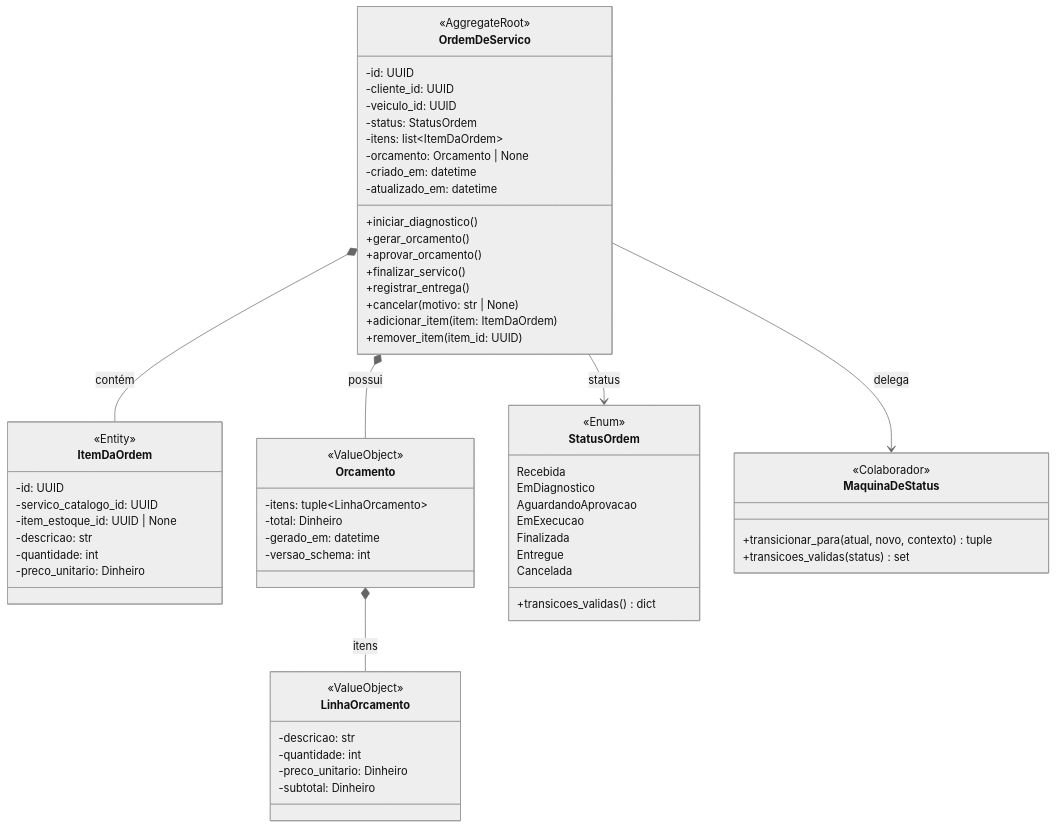
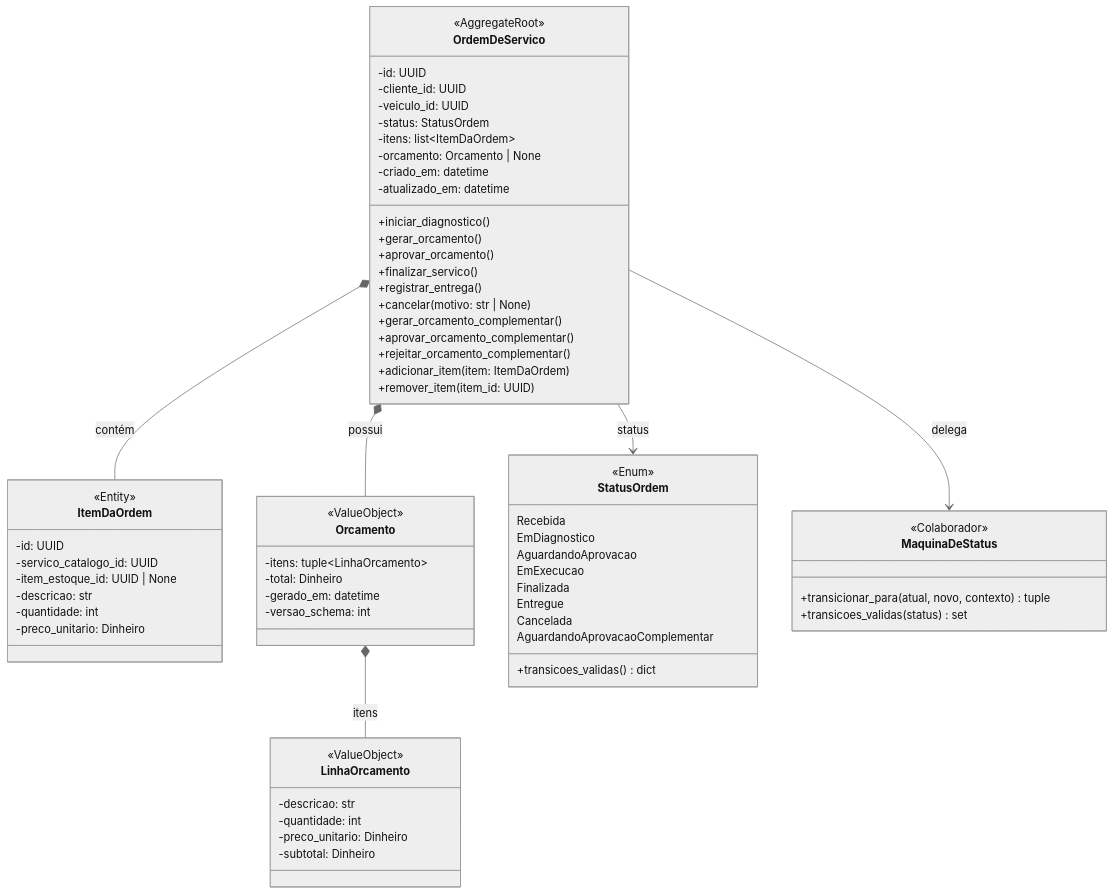
Before and after one commit to fiap-postech-sw-architecture/postech-sw-arch-p2: the first of 6 diagrams in docs/arquitetura/modelo-dominio.md, drawn with Mermaid (neutral theme). The commit also changed 27 other files, not shown here.

````diff
--- a/docs/arquitetura/modelo-dominio.md
+++ b/docs/arquitetura/modelo-dominio.md
@@ -7,72 +7,76 @@
 ```mermaid
 classDiagram
     class OrdemDeServico {
         <<AggregateRoot>>
         -id: UUID
         -cliente_id: UUID
         -veiculo_id: UUID
         -status: StatusOrdem
         -itens: list~ItemDaOrdem~
         -orcamento: Orcamento | None
         -criado_em: datetime
         -atualizado_em: datetime
         +iniciar_diagnostico()
         +gerar_orcamento()
         +aprovar_orcamento()
         +finalizar_servico()
         +registrar_entrega()
         +cancelar(motivo: str | None)
+        +gerar_orcamento_complementar()
+        +aprovar_orcamento_complementar()
+        +rejeitar_orcamento_complementar()
         +adicionar_item(item: ItemDaOrdem)
         +remover_item(item_id: UUID)
     }
 
     class ItemDaOrdem {
         <<Entity>>
         -id: UUID
         -servico_catalogo_id: UUID
         -item_estoque_id: UUID | None
         -descricao: str
         -quantidade: int
         -preco_unitario: Dinheiro
     }
 
     class Orcamento {
         <<ValueObject>>
         -itens: tuple~LinhaOrcamento~
         -total: Dinheiro
         -gerado_em: datetime
         -versao_schema: int
     }
 
     class LinhaOrcamento {
         <<ValueObject>>
         -descricao: str
         -quantidade: int
         -preco_unitario: Dinheiro
         -subtotal: Dinheiro
     }
 
     class StatusOrdem {
         <<Enum>>
         Recebida
         EmDiagnostico
         AguardandoAprovacao
         EmExecucao
         Finalizada
         Entregue
         Cancelada
+        AguardandoAprovacaoComplementar
         +transicoes_validas() dict
     }
 
     class MaquinaDeStatus {
         <<Colaborador>>
         +transicionar_para(atual, novo, contexto) tuple
         +transicoes_validas(status) set
     }
 
     OrdemDeServico *-- ItemDaOrdem : contém
     OrdemDeServico *-- Orcamento : possui
     OrdemDeServico --> StatusOrdem : status
     OrdemDeServico --> MaquinaDeStatus : delega
     Orcamento *-- LinhaOrcamento : itens
 ```
````
